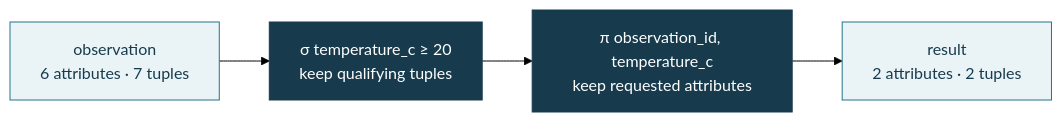
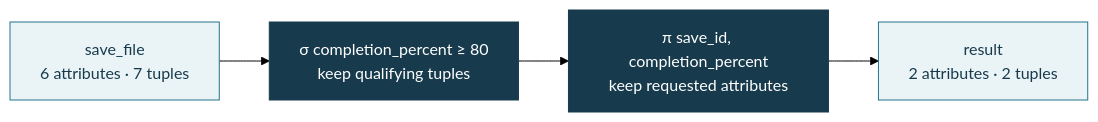
Before and after one commit to JacobDowns/CSCI340: the second of 3 diagrams in lectures/week-03-asking-questions-with-sql.qmd, drawn with Mermaid (forest theme). The commit also changed other lines of this file and 8 other files, not shown here.

````diff
--- a/lectures/week-03-asking-questions-with-sql.qmd
+++ b/lectures/week-03-asking-questions-with-sql.qmd
@@ -342,11 +469,11 @@
 ```{mermaid}
 flowchart LR
-    A["observation<br/>6 attributes · 7 tuples"] --> B["σ temperature_c ≥ 20<br/>keep qualifying tuples"]
-    B --> C["π observation_id, temperature_c<br/>keep requested attributes"]
+    A["save_file<br/>6 attributes · 7 tuples"] --> B["σ completion_percent ≥ 80<br/>keep qualifying tuples"]
+    B --> C["π save_id, completion_percent<br/>keep requested attributes"]
     C --> D["result<br/>2 attributes · 2 tuples"]
 
     classDef relation fill:#eaf4f7,stroke:#247487,color:#173b4d;
     classDef operation fill:#173b4d,stroke:#173b4d,color:#ffffff;
     class A,D relation;
     class B,C operation;
 ```
````
